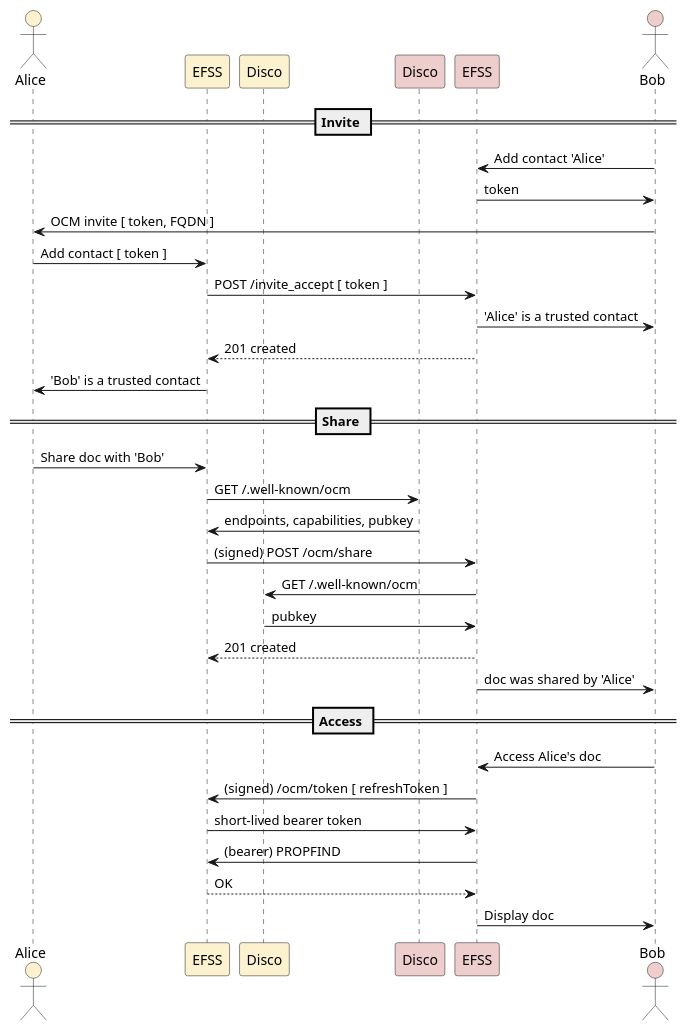
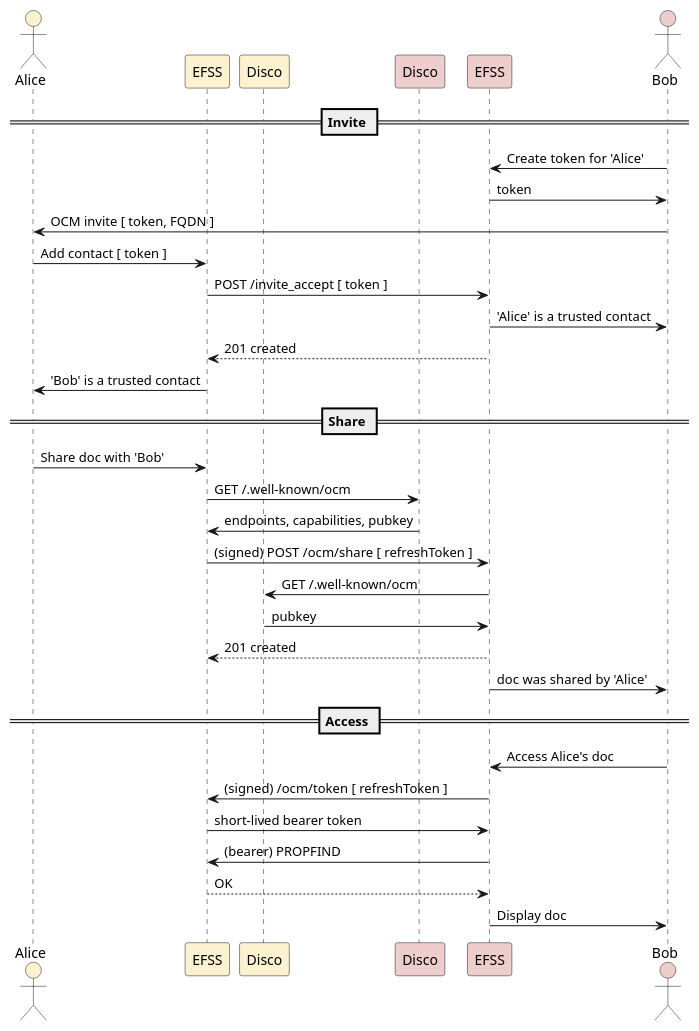
Before and after one commit to cs3org/OCM-API: the diagram in diagrams/code-flow.puml, drawn with PlantUML.

Commit message:
More refinements to sequence diagrams

```diff
--- a/diagrams/code-flow.puml
+++ b/diagrams/code-flow.puml
@@ -1,35 +1,35 @@
 @startuml
 
 actor "Alice" as Alice_user #fdf2d0
 participant "EFSS" as Alice_EFSS #fdf2d0
 participant "Disco" as Alice_Disco #fdf2d0
 participant "Disco" as Bob_Disco #eececd
 participant "EFSS" as Bob_EFSS #eececd
 actor "Bob" as Bob_user #eececd
 == Invite ==
-Bob_user -> Bob_EFSS: Add contact 'Alice'
+Bob_user -> Bob_EFSS: Create token for 'Alice'
 Bob_EFSS -> Bob_user: token
 Bob_user -> Alice_user: OCM invite [ token, FQDN ]
 Alice_user -> Alice_EFSS: Add contact [ token ]
 Alice_EFSS -> Bob_EFSS: POST /invite_accept [ token ]
 Bob_EFSS -> Bob_user: 'Alice' is a trusted contact
 Bob_EFSS --> Alice_EFSS: 201 created
 Alice_EFSS -> Alice_user: 'Bob' is a trusted contact
 == Share ==
 Alice_user -> Alice_EFSS: Share doc with 'Bob'
 Alice_EFSS -> Bob_Disco: GET /.well-known/ocm
 Bob_Disco -> Alice_EFSS: endpoints, capabilities, pubkey
-Alice_EFSS -> Bob_EFSS: (signed) POST /ocm/share
+Alice_EFSS -> Bob_EFSS: (signed) POST /ocm/share [ refreshToken ]
 Bob_EFSS -> Alice_Disco: GET /.well-known/ocm
 Alice_Disco -> Bob_EFSS: pubkey
 Bob_EFSS --> Alice_EFSS: 201 created
 Bob_EFSS -> Bob_user: doc was shared by 'Alice'
 == Access ==
 Bob_user -> Bob_EFSS: Access Alice's doc
 Bob_EFSS -> Alice_EFSS: (signed) /ocm/token [ refreshToken ]
 Alice_EFSS -> Bob_EFSS: short-lived bearer token
 Bob_EFSS -> Alice_EFSS: (bearer) PROPFIND
 Alice_EFSS --> Bob_EFSS: OK
 Bob_EFSS -> Bob_user: Display doc
 
 @enduml
```
